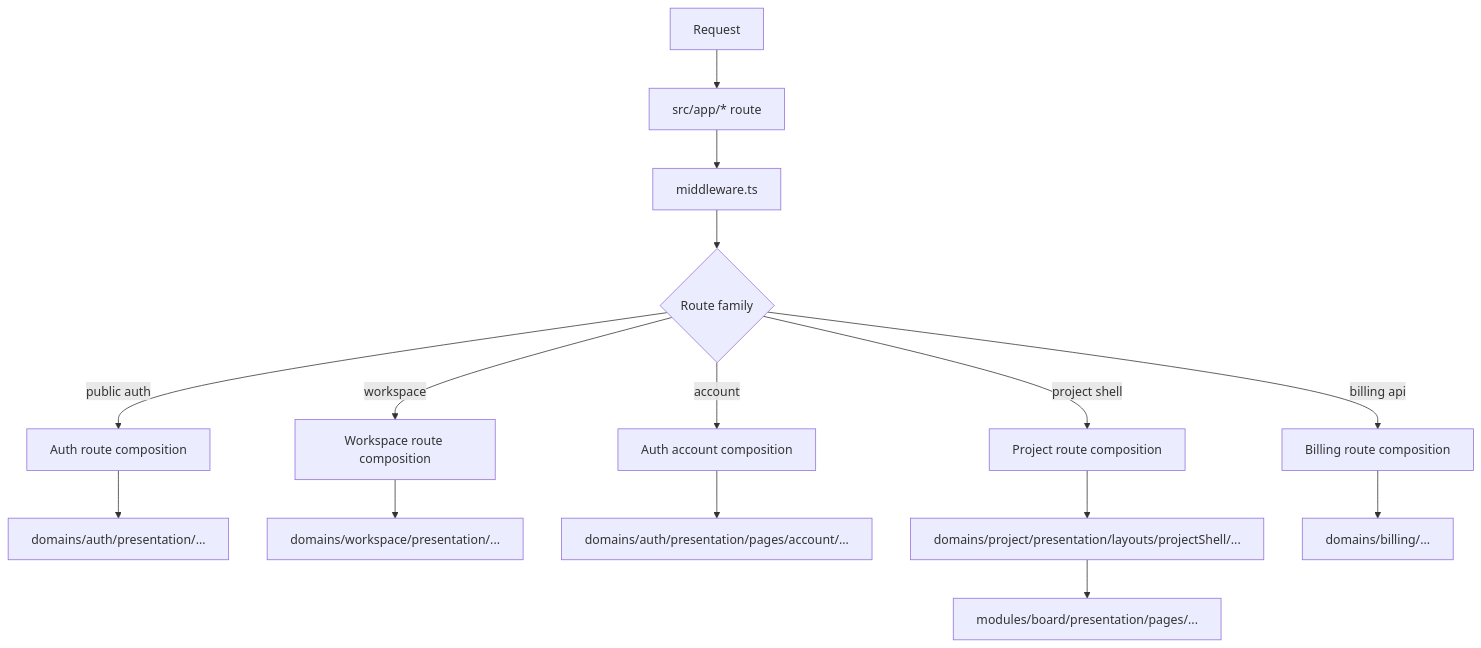
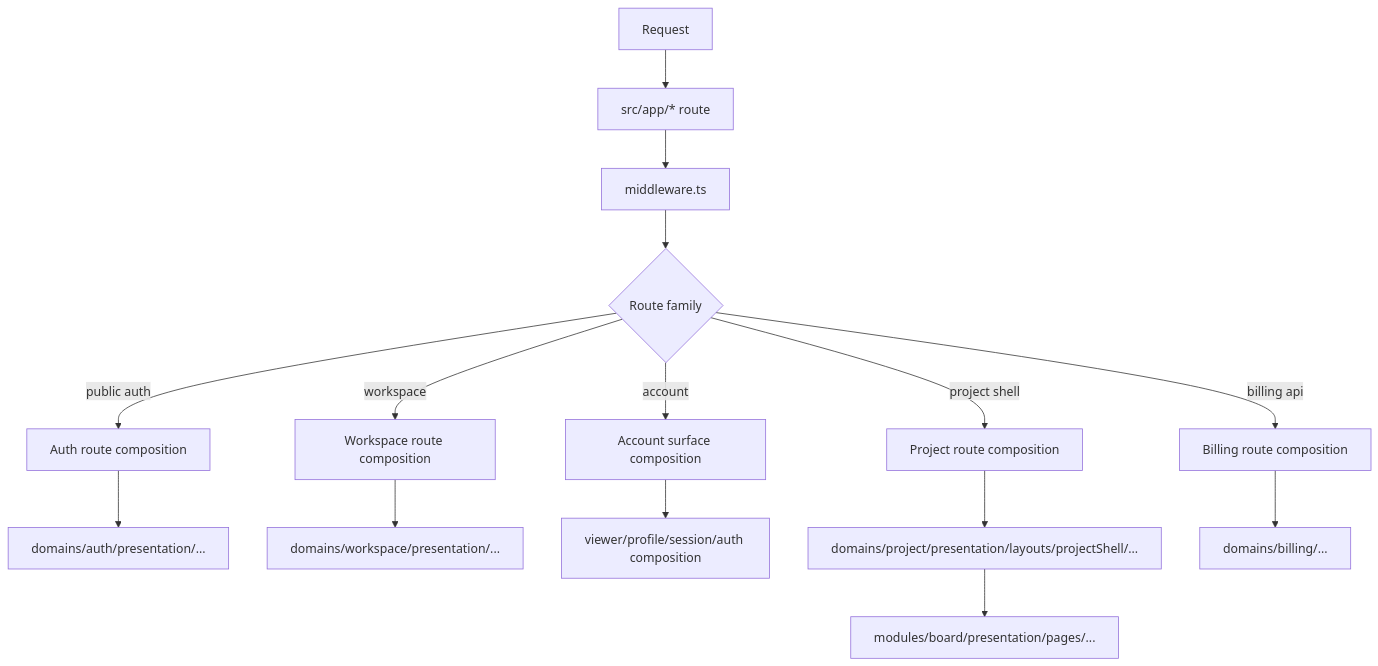
The third of 5 diagrams in .cursor/docs/flowchart.md (mc6ril/workbench), drawn with Mermaid before and after one commit. The commit also changed other lines of this file and 15 other files, not shown here.

````diff
--- a/.cursor/docs/flowchart.md
+++ b/.cursor/docs/flowchart.md
@@ -62,19 +62,19 @@
 ```mermaid
 flowchart TD
    REQ[Request] --> APP[src/app/* route]
    APP --> MIDDLEWARE[middleware.ts]
    MIDDLEWARE --> ROUTE{Route family}
 
    ROUTE -->|public auth| AUTH_ROUTE[Auth route composition]
    ROUTE -->|workspace| WS_ROUTE[Workspace route composition]
-   ROUTE -->|account| ACCOUNT_ROUTE[Auth account composition]
+   ROUTE -->|account| ACCOUNT_ROUTE[Account surface composition]
    ROUTE -->|project shell| PROJECT_ROUTE[Project route composition]
    ROUTE -->|billing api| BILLING_ROUTE[Billing route composition]
 
    AUTH_ROUTE --> AUTH_PAGE[domains/auth/presentation/...]
    WS_ROUTE --> WS_PAGE[domains/workspace/presentation/...]
-   ACCOUNT_ROUTE --> ACCOUNT_PAGE[domains/auth/presentation/pages/account/...]
+   ACCOUNT_ROUTE --> ACCOUNT_PAGE[viewer/profile/session/auth composition]
    PROJECT_ROUTE --> PROJECT_SHELL[domains/project/presentation/layouts/projectShell/...]
    PROJECT_SHELL --> BOARD_PAGE[modules/board/presentation/pages/...]
    BILLING_ROUTE --> BILLING_FLOW[domains/billing/...]
 ```
````
